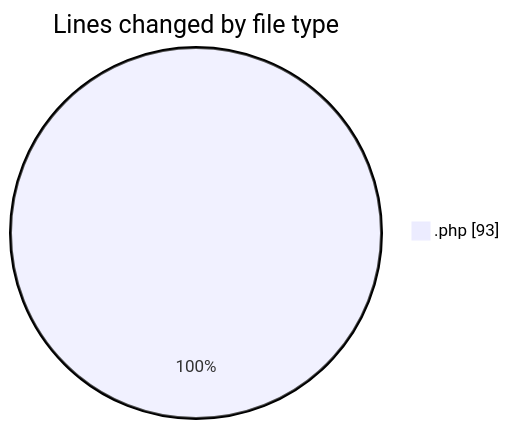
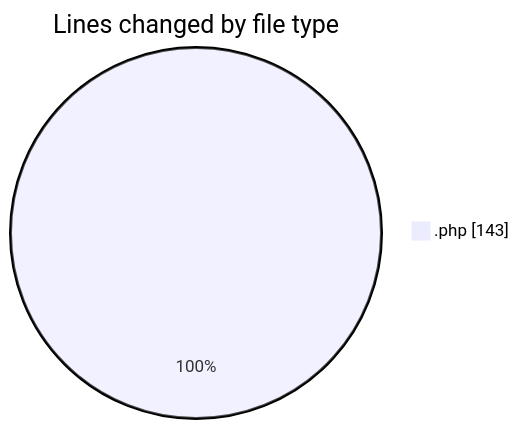
The first of 2 diagrams in 2026-02-05/web/README.md (LanceThiago/code-tracking), drawn with Mermaid before and after one commit. The commit also changed other lines of this file and 1 other file, not shown here.

````diff
--- a/2026-02-05/web/README.md
+++ b/2026-02-05/web/README.md
@@ -20,5 +20,5 @@
 ```mermaid
 pie showData
 title Lines changed by file type
-".php" : 93
+".php" : 143
 ```
````
